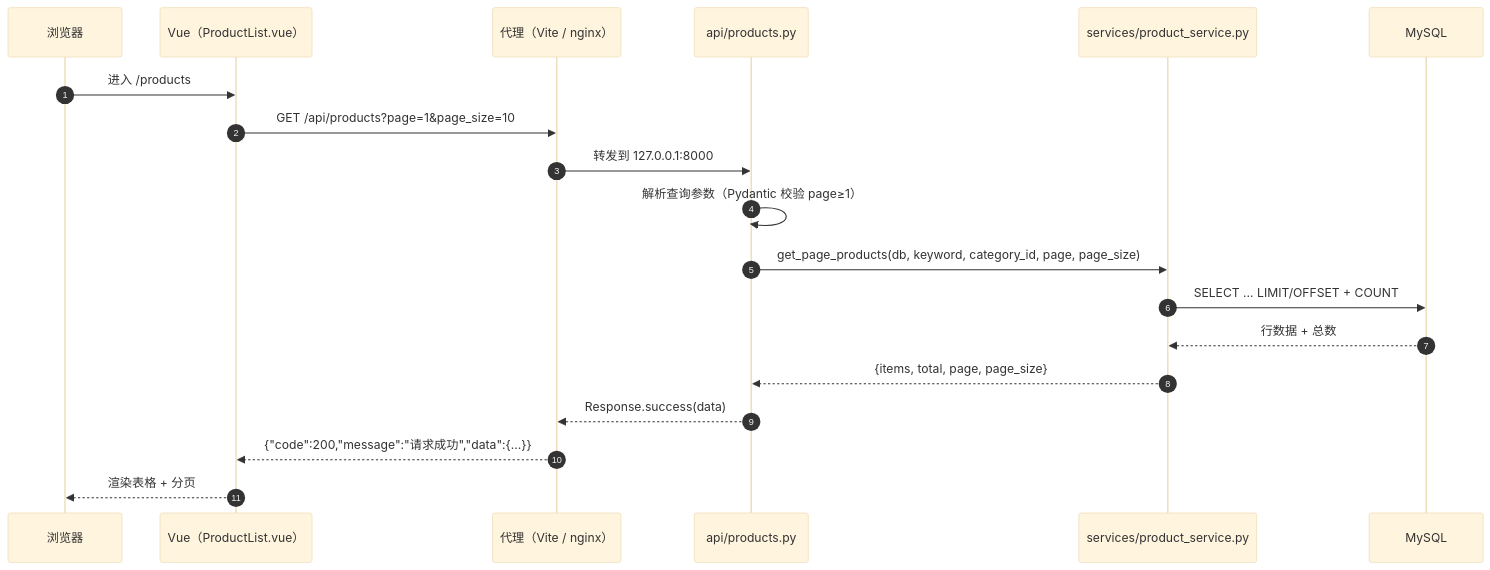
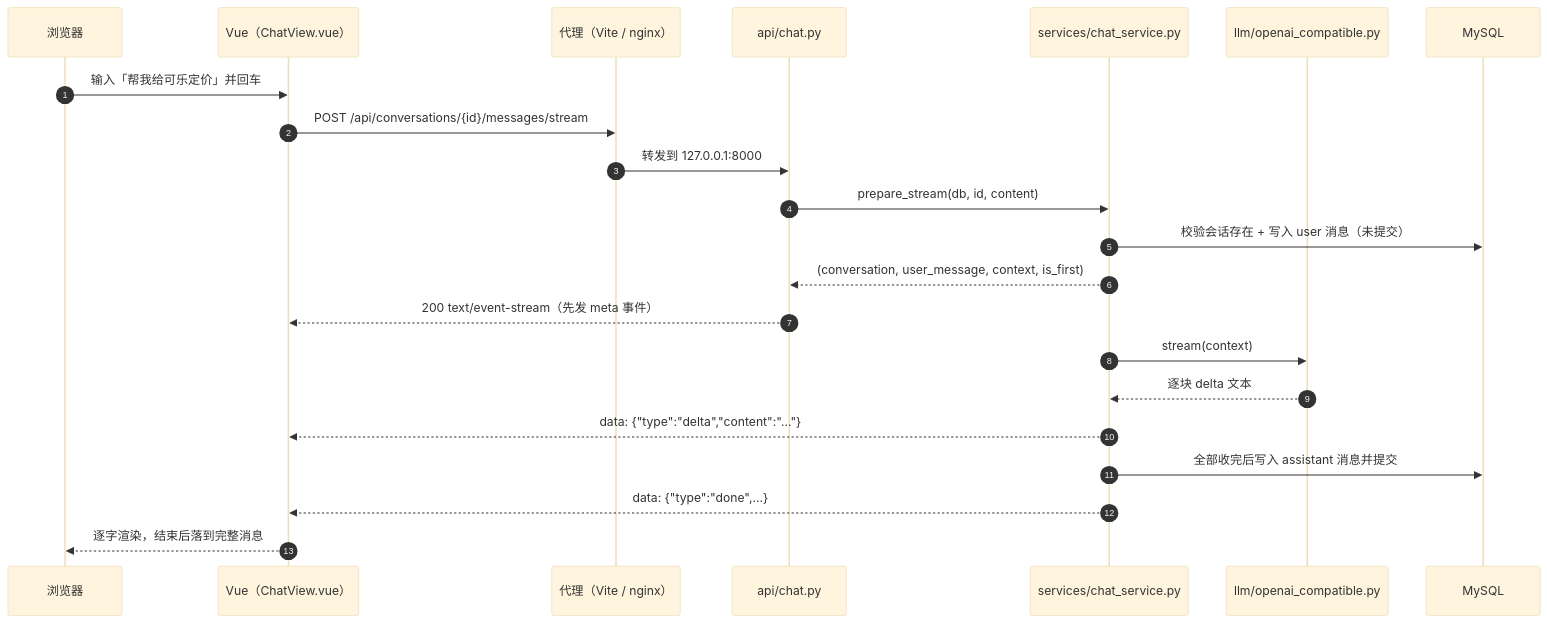
Before and after one commit to calix-cui/my-learning: the second of 3 diagrams in docs/how-it-works.md, drawn with Mermaid (base theme). The commit also changed other lines of this file and 36 other files, not shown here.

````diff
--- a/docs/how-it-works.md
+++ b/docs/how-it-works.md
@@ -51,22 +58,25 @@
 ```mermaid
 sequenceDiagram
     autonumber
     participant B as 浏览器
-    participant V as Vue（ProductList.vue）
+    participant V as Vue（ChatView.vue）
     participant P as 代理（Vite / nginx）
-    participant A as api/products.py
-    participant S as services/product_service.py
+    participant A as api/chat.py
+    participant S as services/chat_service.py
+    participant L as llm/openai_compatible.py
     participant D as MySQL
 
-    B->>V: 进入 /products
-    V->>P: GET /api/products?page=1&page_size=10
+    B->>V: 输入「帮我给可乐定价」并回车
+    V->>P: POST /api/conversations/{id}/messages/stream
     P->>A: 转发到 127.0.0.1:8000
-    A->>A: 解析查询参数（Pydantic 校验 page≥1）
-    A->>S: get_page_products(db, keyword, category_id, page, page_size)
-    S->>D: SELECT ... LIMIT/OFFSET + COUNT
-    D-->>S: 行数据 + 总数
-    S-->>A: {items, total, page, page_size}
-    A-->>P: Response.success(data)
-    P-->>V: {"code":200,"message":"请求成功","data":{...}}
-    V-->>B: 渲染表格 + 分页
+    A->>S: prepare_stream(db, id, content)
+    S->>D: 校验会话存在 + 写入 user 消息（未提交）
+    S-->>A: (conversation, user_message, context, is_first)
+    A-->>V: 200 text/event-stream（先发 meta 事件）
+    S->>L: stream(context)
+    L-->>S: 逐块 delta 文本
+    S-->>V: data: {"type":"delta","content":"..."}
+    S->>D: 全部收完后写入 assistant 消息并提交
+    S-->>V: data: {"type":"done",...}
+    V-->>B: 逐字渲染，结束后落到完整消息
 ```
````
